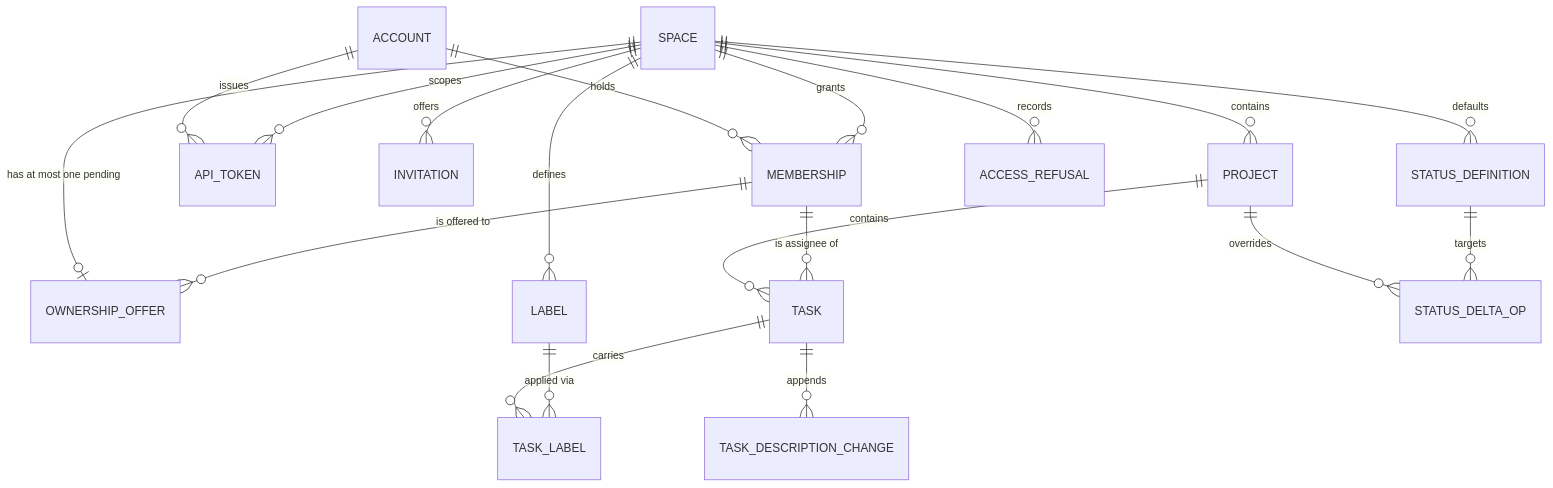
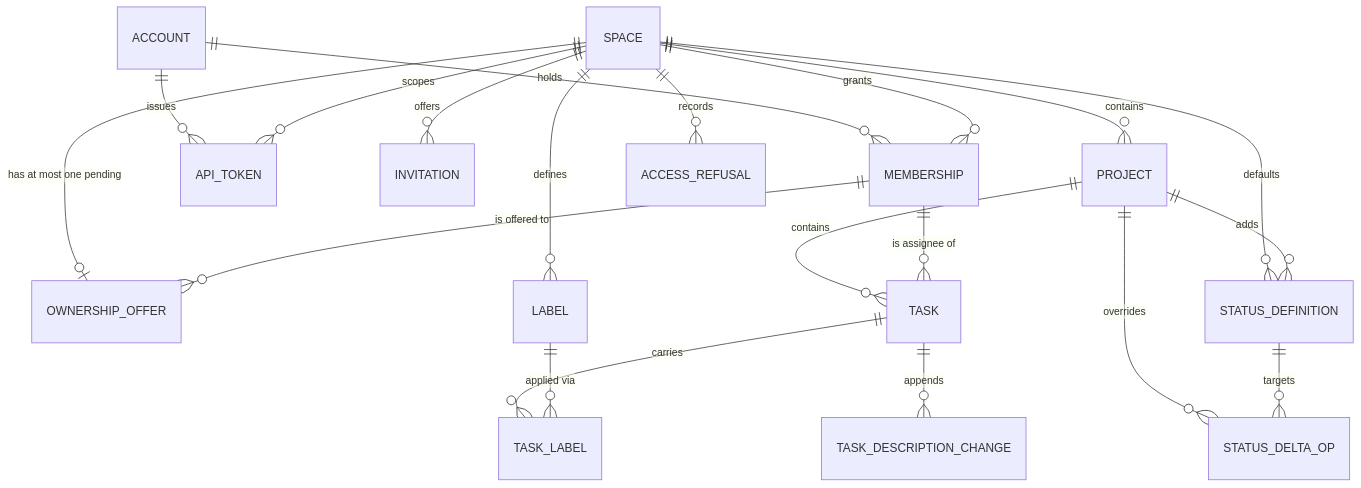
One commit to LeeSanderson/YelloBMAD changed the fourth of 4 diagrams in _bmad-output/planning-artifacts/architecture/architecture-YelloBMAD-2026-08-17/ARCHITECTURE-SPINE.md. Above: the diagram before and after it, drawn with Mermaid. The commit also changed other lines of this file and 62 other files, not shown here.

First line of the commit message:
Remove a Status from a Project by moving its Tasks, under the Project lock

````diff
--- a/_bmad-output/planning-artifacts/architecture/architecture-YelloBMAD-2026-08-17/ARCHITECTURE-SPINE.md
+++ b/_bmad-output/planning-artifacts/architecture/architecture-YelloBMAD-2026-08-17/ARCHITECTURE-SPINE.md
@@ -393,21 +394,22 @@
 ```mermaid
 erDiagram
     ACCOUNT ||--o{ MEMBERSHIP : holds
     ACCOUNT ||--o{ API_TOKEN : issues
     SPACE ||--o{ MEMBERSHIP : grants
     SPACE ||--o{ INVITATION : offers
     SPACE ||--o| OWNERSHIP_OFFER : "has at most one pending"
     MEMBERSHIP ||--o{ OWNERSHIP_OFFER : "is offered to"
     SPACE ||--o{ PROJECT : contains
     SPACE ||--o{ LABEL : defines
     SPACE ||--o{ STATUS_DEFINITION : defaults
     SPACE ||--o{ API_TOKEN : scopes
     PROJECT ||--o{ TASK : contains
     PROJECT ||--o{ STATUS_DELTA_OP : overrides
+    PROJECT ||--o{ STATUS_DEFINITION : adds
     STATUS_DEFINITION ||--o{ STATUS_DELTA_OP : targets
     MEMBERSHIP ||--o{ TASK : "is assignee of"
     TASK ||--o{ TASK_LABEL : carries
     LABEL ||--o{ TASK_LABEL : "applied via"
     TASK ||--o{ TASK_DESCRIPTION_CHANGE : appends
     SPACE ||--o{ ACCESS_REFUSAL : records
 ```
````
